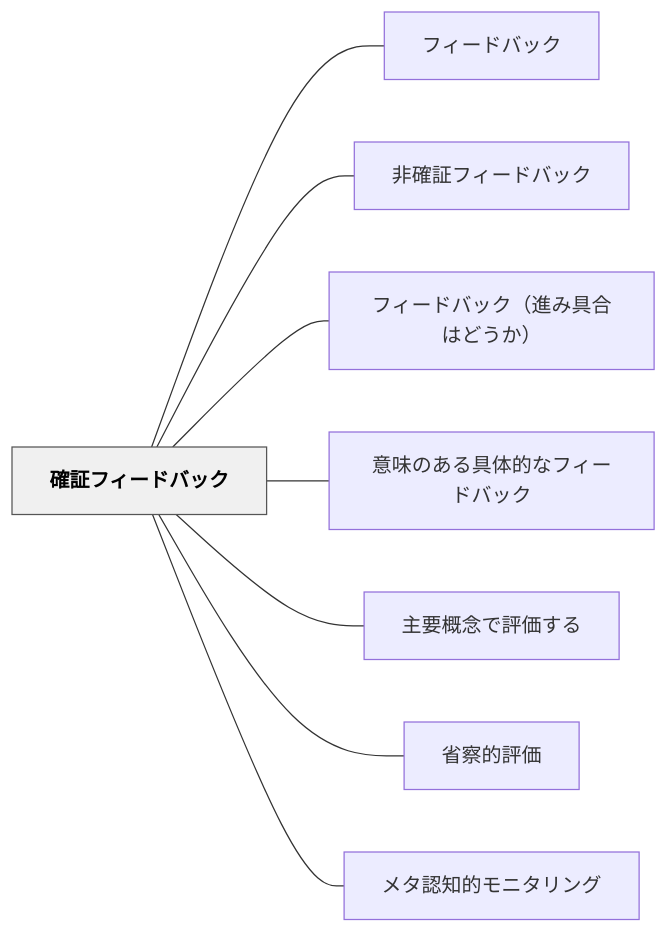
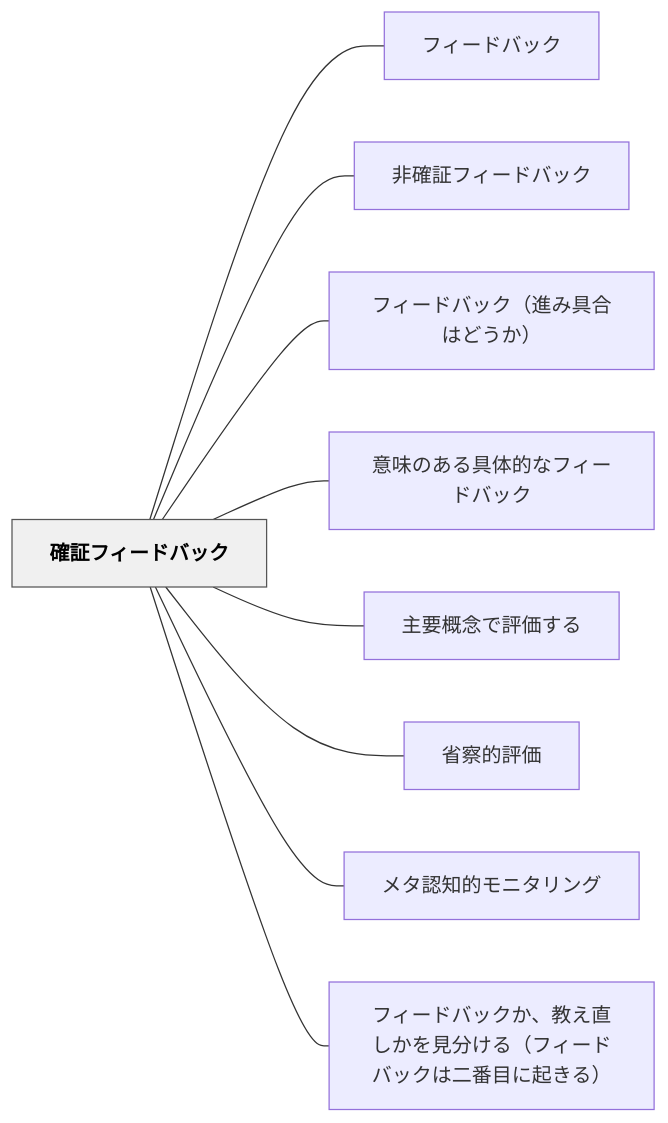
Before and after one commit to unknownthings-ed-patterns/unknownthings-ed-patterns: the diagram in content/パタン/確証フィードバック.md, drawn with Mermaid. The commit also changed other lines of this file and 28 other files, not shown here.

````diff
--- a/content/パタン/確証フィードバック.md
+++ b/content/パタン/確証フィードバック.md
@@ -56,22 +57,24 @@
 ```mermaid
 flowchart LR
     ne7a2bae8a8bce38395e382a3e383bce38389e38390e38383e382af["確証フィードバック"]
     ne38395e382a3e383bce38389e38390e38383e382af["フィードバック"]
     ne99d9ee7a2bae8a8bce38395e382a3e383bce38389e38390e38383e382af["非確証フィードバック"]
     ne38395e382a3e383bce38389e38390e38383e382afefbc88e980b2e381bfe585b7e59088e381afe381a9e38186e3818befbc89["フィードバック（進み具合はどうか）"]
     ne6848fe591b3e381aee38182e3828be585b7e4bd93e79a84e381aae38395e382a3e383bce38389e38390e38383e382af["意味のある具体的なフィードバック"]
     ne4b8bbe8a681e6a682e5bfb5e381a7e8a995e4bea1e38199e3828b["主要概念で評価する"]
     ne79c81e5af9fe79a84e8a995e4bea1["省察的評価"]
     ne383a1e382bfe8aa8de79fa5e79a84e383a2e3838be382bfe383aae383b3e382b0["メタ認知的モニタリング"]
+    ne38395e382a3e383bce38389e38390e38383e382afe3818be38081e69599e38188e79bb4e38197e3818be38292e8a68be58886e38191e3828befbc88e38395e382a3e383bce38389e38390e38383e382afe381afe4ba8ce795aae79baee381abe8b5b7e3818de3828befbc89["フィードバックか、教え直しかを見分ける（フィードバックは二番目に起きる）"]
 
     ne7a2bae8a8bce38395e382a3e383bce38389e38390e38383e382af --- ne38395e382a3e383bce38389e38390e38383e382af
     ne7a2bae8a8bce38395e382a3e383bce38389e38390e38383e382af --- ne99d9ee7a2bae8a8bce38395e382a3e383bce38389e38390e38383e382af
     ne7a2bae8a8bce38395e382a3e383bce38389e38390e38383e382af --- ne38395e382a3e383bce38389e38390e38383e382afefbc88e980b2e381bfe585b7e59088e381afe381a9e38186e3818befbc89
     ne7a2bae8a8bce38395e382a3e383bce38389e38390e38383e382af --- ne6848fe591b3e381aee38182e3828be585b7e4bd93e79a84e381aae38395e382a3e383bce38389e38390e38383e382af
     ne7a2bae8a8bce38395e382a3e383bce38389e38390e38383e382af --- ne4b8bbe8a681e6a682e5bfb5e381a7e8a995e4bea1e38199e3828b
     ne7a2bae8a8bce38395e382a3e383bce38389e38390e38383e382af --- ne79c81e5af9fe79a84e8a995e4bea1
     ne7a2bae8a8bce38395e382a3e383bce38389e38390e38383e382af --- ne383a1e382bfe8aa8de79fa5e79a84e383a2e3838be382bfe383aae383b3e382b0
+    ne7a2bae8a8bce38395e382a3e383bce38389e38390e38383e382af --- ne38395e382a3e383bce38389e38390e38383e382afe3818be38081e69599e38188e79bb4e38197e3818be38292e8a68be58886e38191e3828befbc88e38395e382a3e383bce38389e38390e38383e382afe381afe4ba8ce795aae79baee381abe8b5b7e3818de3828befbc89
 
     classDef hub fill:#f0f0f0,stroke:#555,color:#000,font-weight:bold
     class ne7a2bae8a8bce38395e382a3e383bce38389e38390e38383e382af hub
 ```
````
